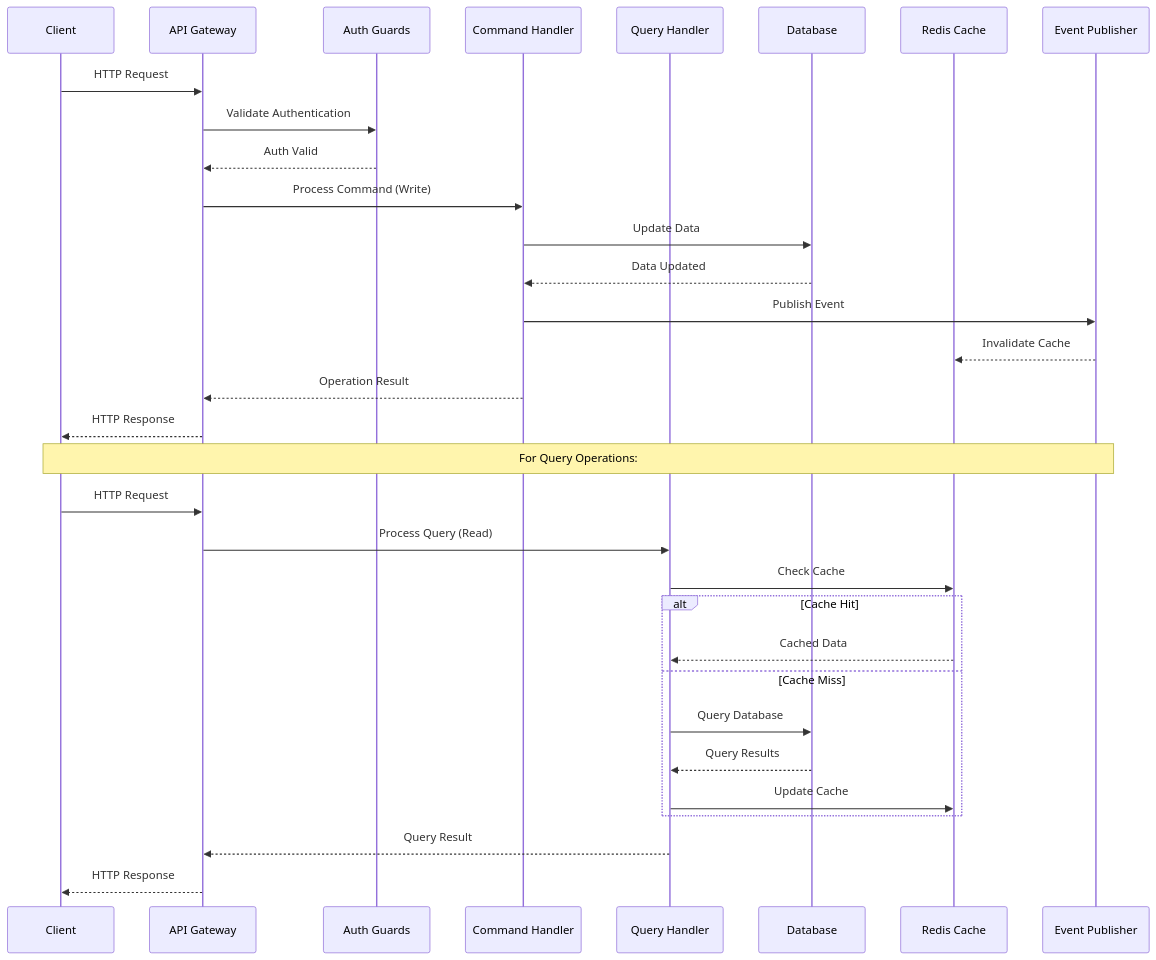
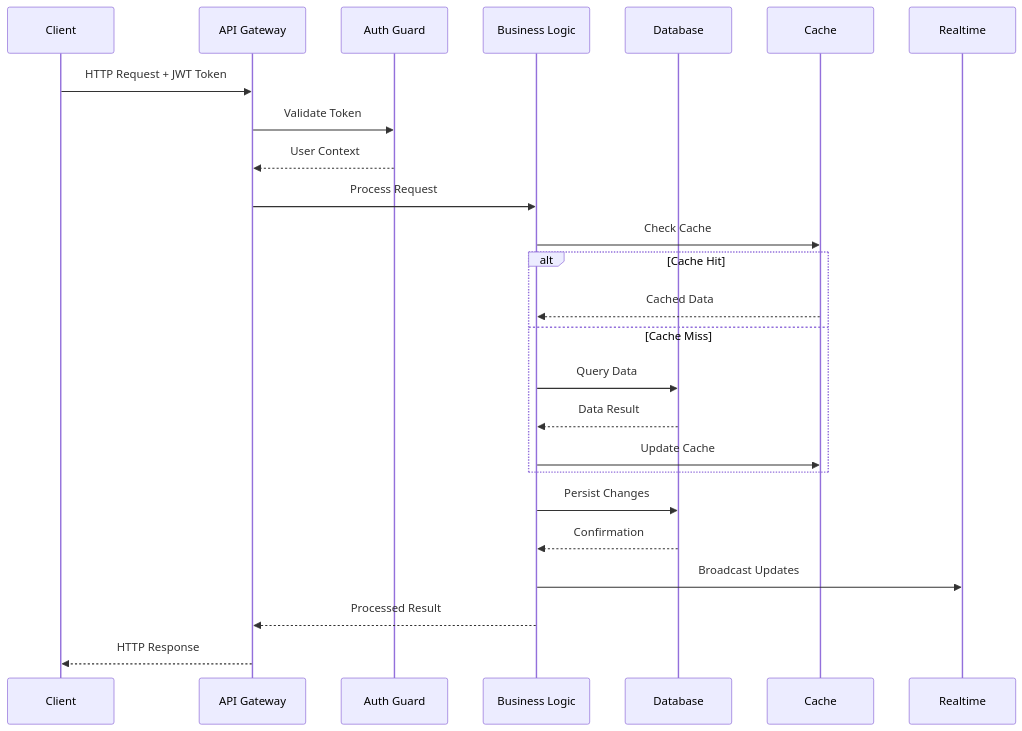
One commit to locnguyen2k2/ddd-nest-template changed the second of 4 diagrams in docs/architecture/overview.md. Above: the diagram before and after it, drawn with Mermaid. The commit also changed other lines of this file and 5 other files, not shown here.

````diff
--- a/docs/architecture/overview.md
+++ b/docs/architecture/overview.md
@@ -127,36 +143,28 @@
 ```mermaid
 sequenceDiagram
     participant C as Client
     participant G as API Gateway
-    participant A as Auth Guards
-    participant H as Command Handler
-    participant Q as Query Handler
+    participant A as Auth Guard
+    participant B as Business Logic
     participant D as Database
-    participant R as Redis Cache
-    participant E as Event Publisher
+    participant E as Cache
+    participant R as Realtime
     
-    C->>G: HTTP Request
-    G->>A: Validate Authentication
-    A-->>G: Auth Valid
-    G->>H: Process Command (Write)
-    H->>D: Update Data
-    D-->>H: Data Updated
-    H->>E: Publish Event
-    E-->>R: Invalidate Cache
-    H-->>G: Operation Result
-    G-->>C: HTTP Response
-    
-    Note over C,E: For Query Operations:
-    C->>G: HTTP Request
-    G->>Q: Process Query (Read)
-    Q->>R: Check Cache
+    C->>G: HTTP Request + JWT Token
+    G->>A: Validate Token
+    A-->>G: User Context
+    G->>B: Process Request
+    B->>E: Check Cache
     alt Cache Hit
-        R-->>Q: Cached Data
+        E-->>B: Cached Data
     else Cache Miss
-        Q->>D: Query Database
-        D-->>Q: Query Results
-        Q->>R: Update Cache
+        B->>D: Query Data
+        D-->>B: Data Result
+        B->>E: Update Cache
     end
-    Q-->>G: Query Result
+    B->>D: Persist Changes
+    D-->>B: Confirmation
+    B->>R: Broadcast Updates
+    B-->>G: Processed Result
     G-->>C: HTTP Response
 ```
````
